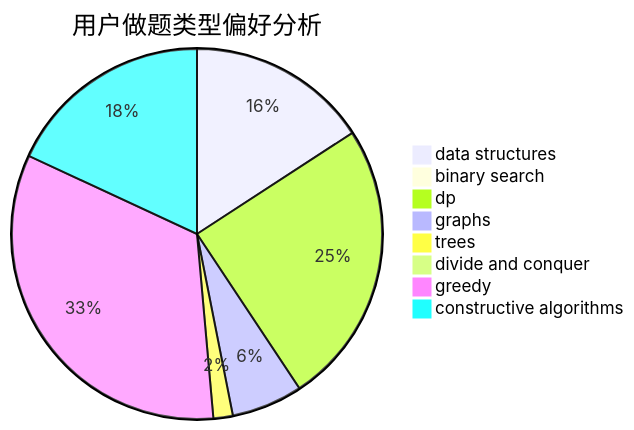
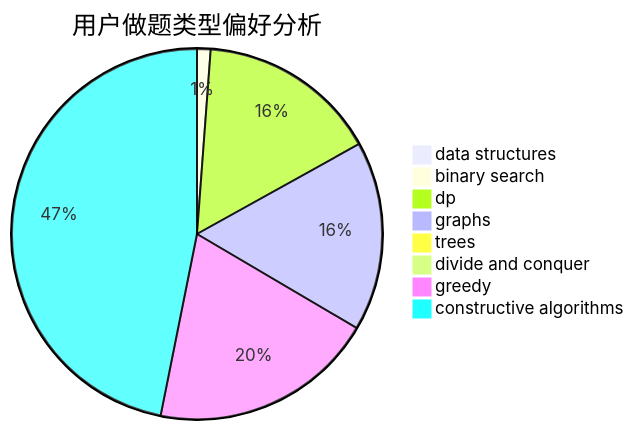
One commit to sherpahu/cfrs.github.io changed the second of 3 diagrams in docs/user/u2578.md. Above: the diagram before and after it, drawn with Mermaid. The commit also changed other lines of this file and 2770 other files, not shown here.

````diff
--- a/docs/user/u2578.md
+++ b/docs/user/u2578.md
@@ -23,11 +23,11 @@
 ```mermaid
 pie title 用户做题类型偏好分析
-    "data structures" :  28
-    "binary search" :  0
-    "dp" :  44
-    "graphs" :  11
-    "trees" :  3
+    "data structures" :  1
+    "binary search" :  3
+    "dp" :  40
+    "graphs" :  42
+    "trees" :  0
     "divide and conquer" :  0
-    "greedy" :  59
-    "constructive algorithms" :  32
+    "greedy" :  50
+    "constructive algorithms" :  119
 ```
````
